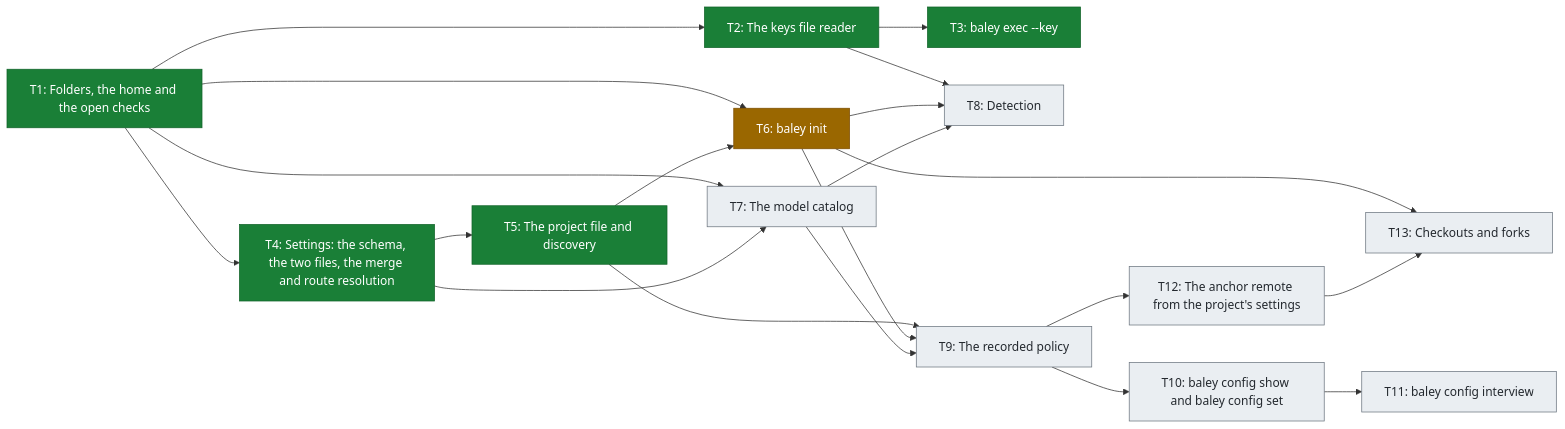
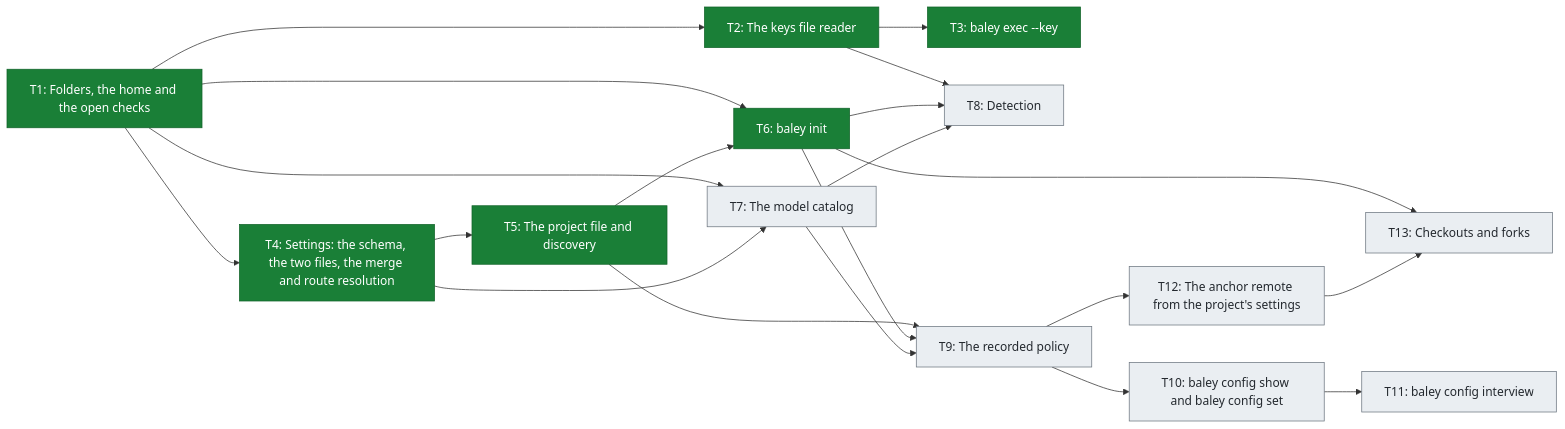
The third of 3 diagrams in docs/roadmap.md (crenshawdev/baley), drawn with Mermaid before and after one commit. The commit also changed other lines of this file, not shown here.

Commit message:
docs(roadmap): mark build 2 t6 merged
T6's pull request is #164, so its row links it and reads merged, which
merging that pull request makes true. Figure 3 moves T6 to done and the
status line counts T1 to T6.

````diff
--- a/docs/roadmap.md
+++ b/docs/roadmap.md
@@ -100,43 +100,41 @@
 ```mermaid
 flowchart LR
     T1["T1: Folders, the home and the open checks"]
     T2["T2: The keys file reader"]
     T3["T3: baley exec --key"]
     T4["T4: Settings: the schema, the two files, the merge and route resolution"]
     T5["T5: The project file and discovery"]
     T6["T6: baley init"]
     T7["T7: The model catalog"]
     T8["T8: Detection"]
     T9["T9: The recorded policy"]
     T10["T10: baley config show and baley config set"]
     T11["T11: baley config interview"]
     T12["T12: The anchor remote from the project's settings"]
     T13["T13: Checkouts and forks"]
 
     T1 --> T2
     T1 --> T4
     T1 --> T6
     T1 --> T7
     T2 --> T3
     T2 --> T8
     T4 --> T5
     T4 --> T7
     T5 --> T6
     T5 --> T9
     T6 --> T8
     T6 --> T9
     T6 --> T13
     T7 --> T8
     T7 --> T9
     T9 --> T10
     T9 --> T12
     T10 --> T11
     T12 --> T13
 
     classDef done fill:#1a7f37,stroke:#116329,color:#ffffff
     classDef planned fill:#eaeef2,stroke:#6e7781,color:#24292f
-    classDef progress fill:#9a6700,stroke:#7d4e00,color:#ffffff
-    class T1,T2,T3,T4,T5 done
-    class T6 progress
+    class T1,T2,T3,T4,T5,T6 done
     class T7,T8,T9,T10,T11,T12,T13 planned
 ```
````
